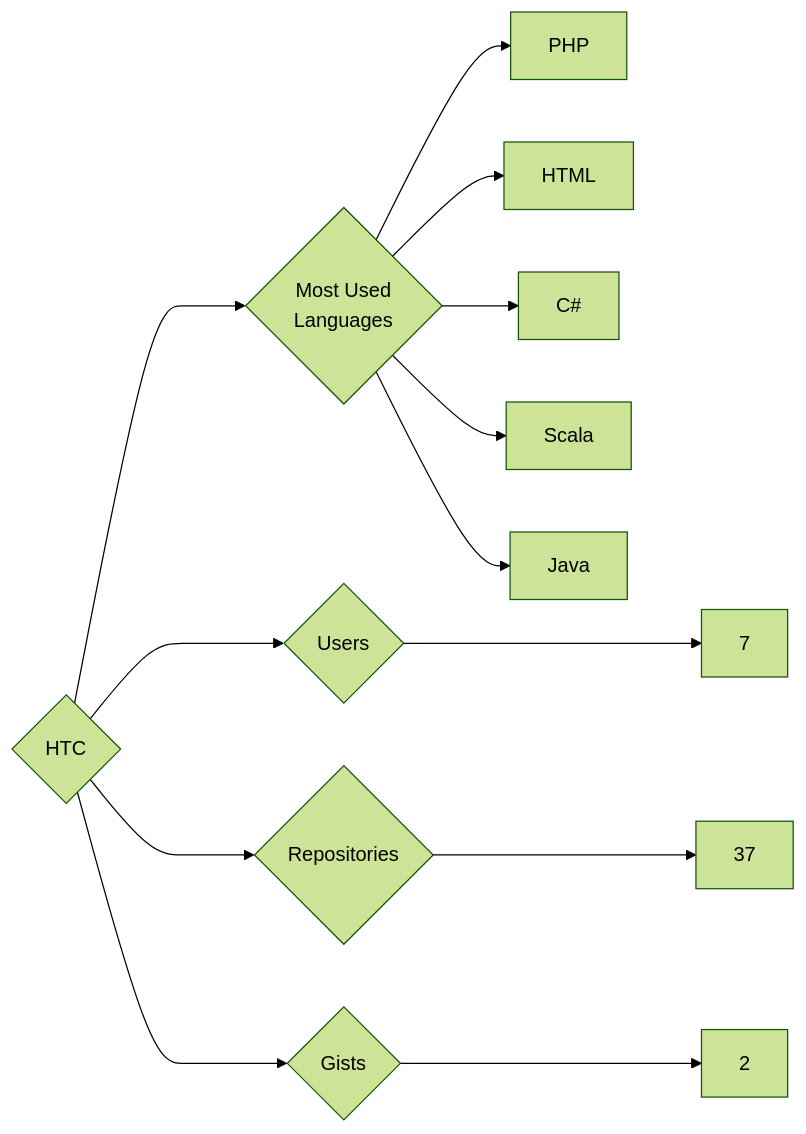
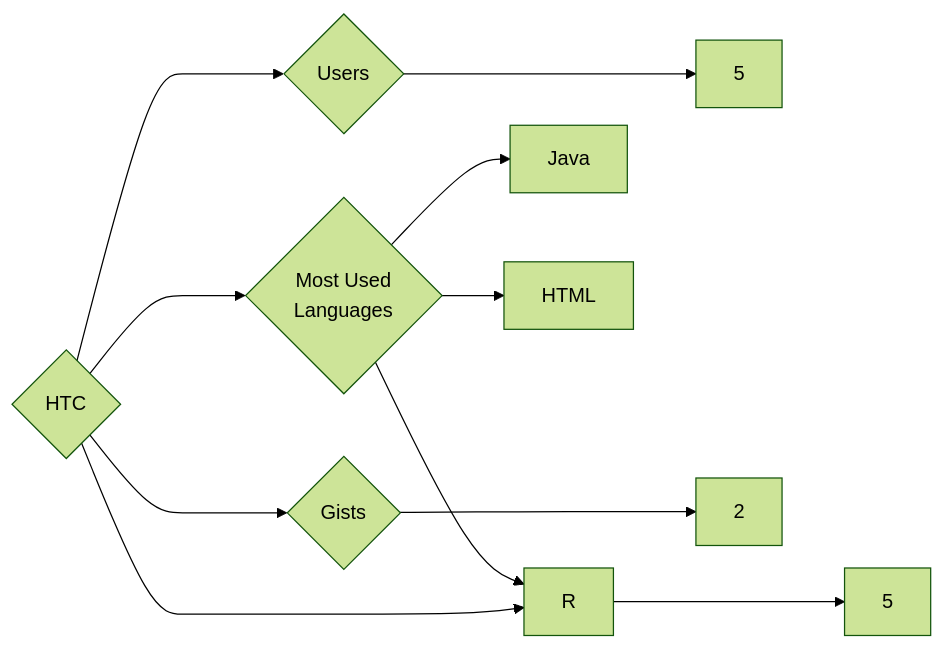
One commit to trickest/insiders changed the diagram in targets/HTC/README.md. Above: the diagram before and after it, drawn with Mermaid (forest theme). The commit also changed 1170 other files, not shown here.

````diff
--- a/targets/HTC/README.md
+++ b/targets/HTC/README.md
@@ -3,13 +3,11 @@
 ```mermaid
 graph LR
 COMPANY_NAME{HTC}
-COMPANY_NAME ---> U{Users} ---> UN[7]
-COMPANY_NAME ---> R{Repositories} ---> RN[37]
+COMPANY_NAME ---> U{Users} ---> UN[5]
+COMPANY_NAME ---> R{Repositories} ---> RN[5]
 COMPANY_NAME ---> G{Gists} ---> GN[2]
 COMPANY_NAME ---> ML{Most Used<br>Languages}
-ML --> PHP[PHP]
+ML --> Java[Java]
+ML --> R[R]
 ML --> HTML[HTML]
-ML --> C#[C#]
-ML --> Scala[Scala]
-ML --> Java[Java]
 ```
````
